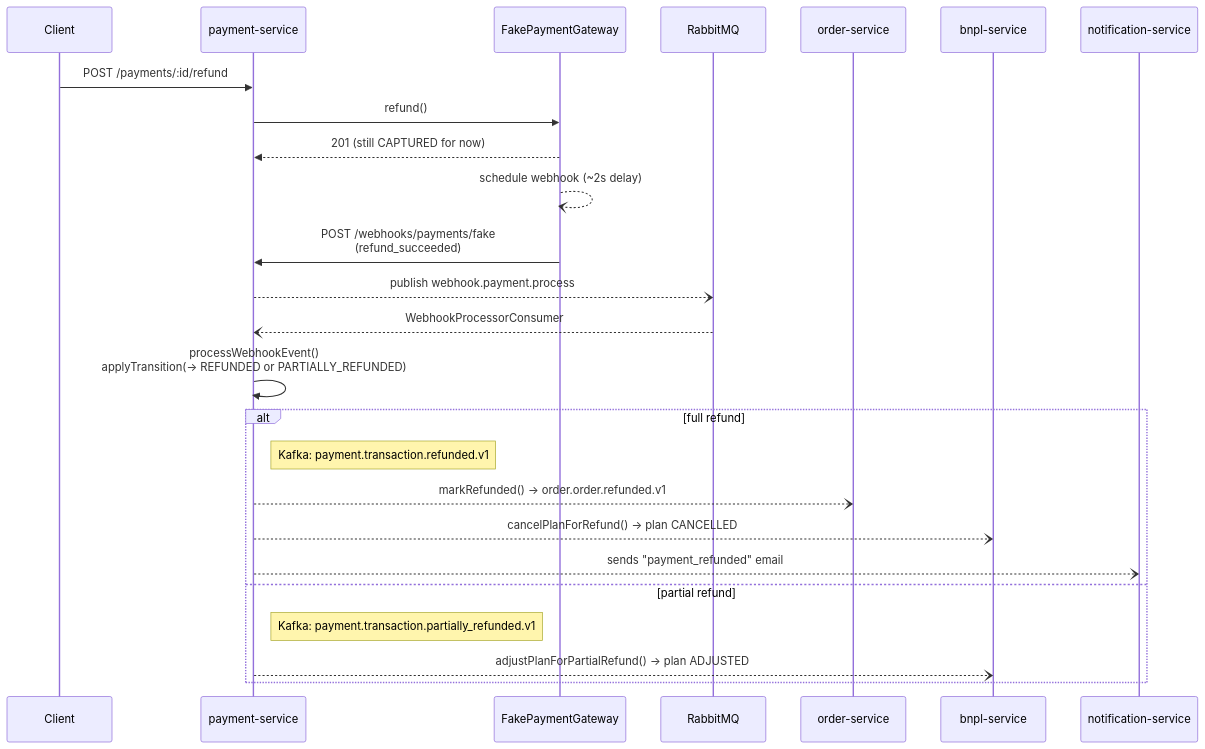
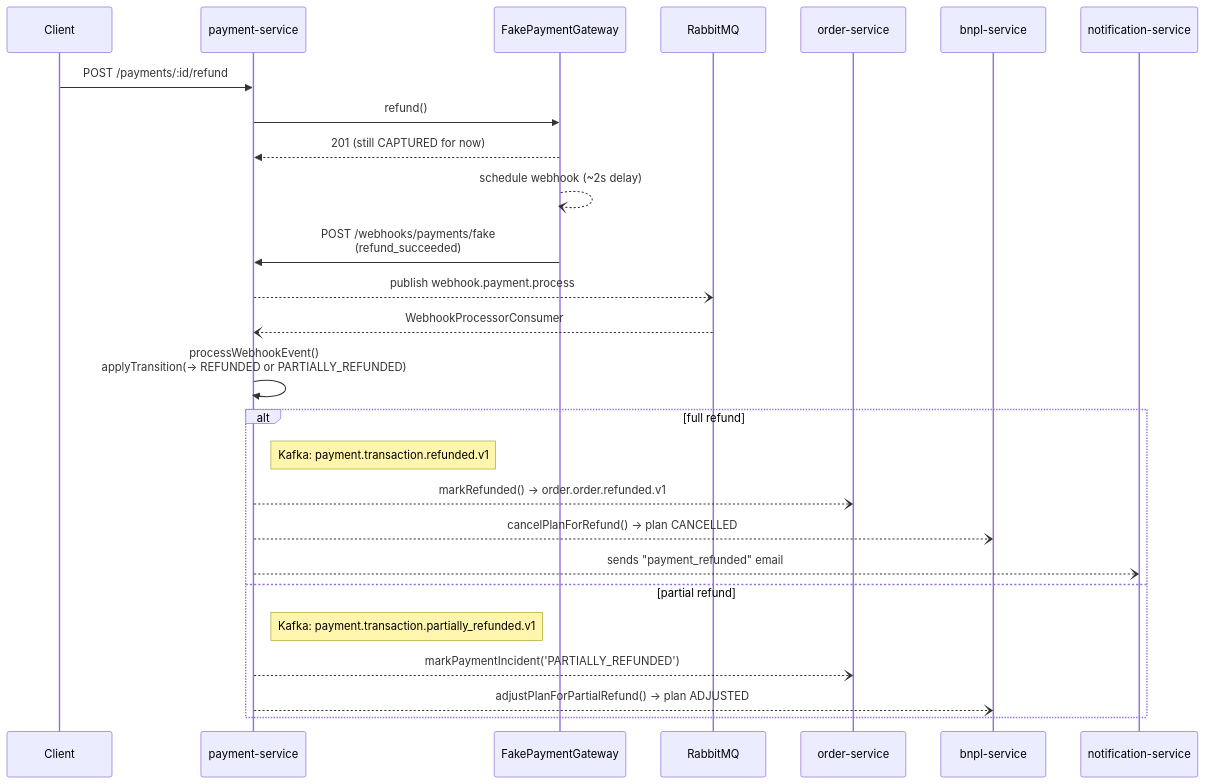
Before and after one commit to AnthonyPastor/ecommerce-with-bnpl-event-driven-architecture: the third of 3 diagrams in backend/README.md, drawn with Mermaid. The commit also changed other lines of this file and 21 other files, not shown here.

````diff
--- a/backend/README.md
+++ b/backend/README.md
@@ -200,29 +201,30 @@
 ```mermaid
 sequenceDiagram
     participant Client
     participant Payment as payment-service
     participant Gateway as FakePaymentGateway
     participant MQ as RabbitMQ
     participant Order as order-service
     participant Bnpl as bnpl-service
     participant Notif as notification-service
 
     Client->>Payment: POST /payments/:id/refund
     Payment->>Gateway: refund()
     Gateway-->>Payment: 201 (still CAPTURED for now)
     Gateway--)Gateway: schedule webhook (~2s delay)
     Gateway->>Payment: POST /webhooks/payments/fake<br/>(refund_succeeded)
     Payment--)MQ: publish webhook.payment.process
     MQ--)Payment: WebhookProcessorConsumer
     Payment->>Payment: processWebhookEvent()<br/>applyTransition(→ REFUNDED or PARTIALLY_REFUNDED)
 
     alt full refund
         Note right of Payment: Kafka: payment.transaction.refunded.v1
         Payment--)Order: markRefunded() → order.order.refunded.v1
         Payment--)Bnpl: cancelPlanForRefund() → plan CANCELLED
         Payment--)Notif: sends "payment_refunded" email
     else partial refund
         Note right of Payment: Kafka: payment.transaction.partially_refunded.v1
+        Payment--)Order: markPaymentIncident('PARTIALLY_REFUNDED')
         Payment--)Bnpl: adjustPlanForPartialRefund() → plan ADJUSTED
     end
 ```
````
